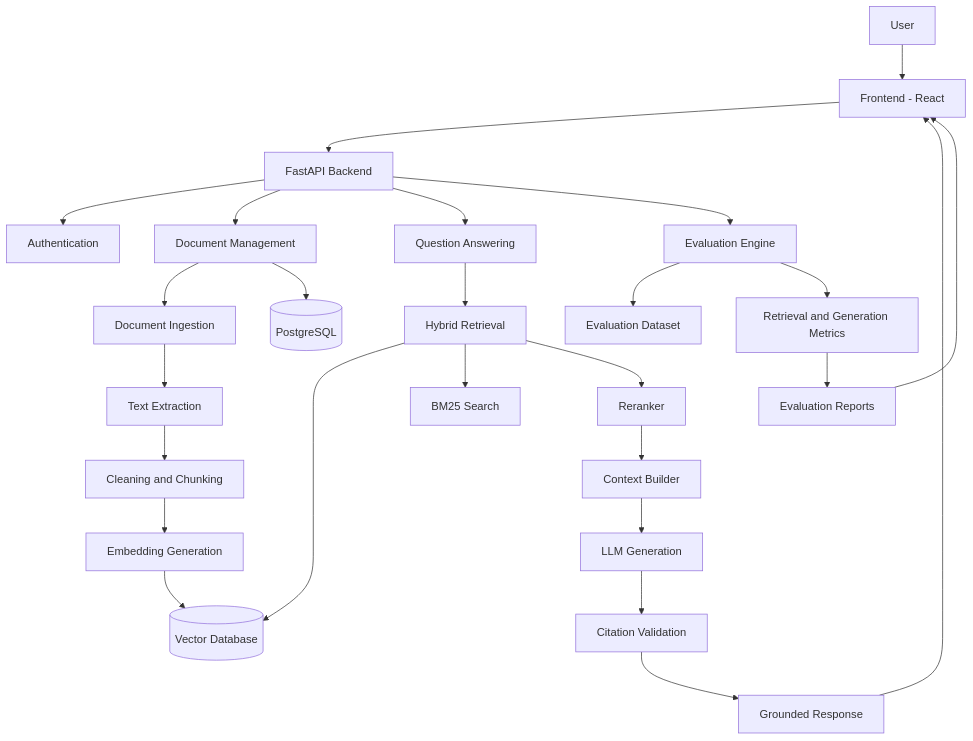
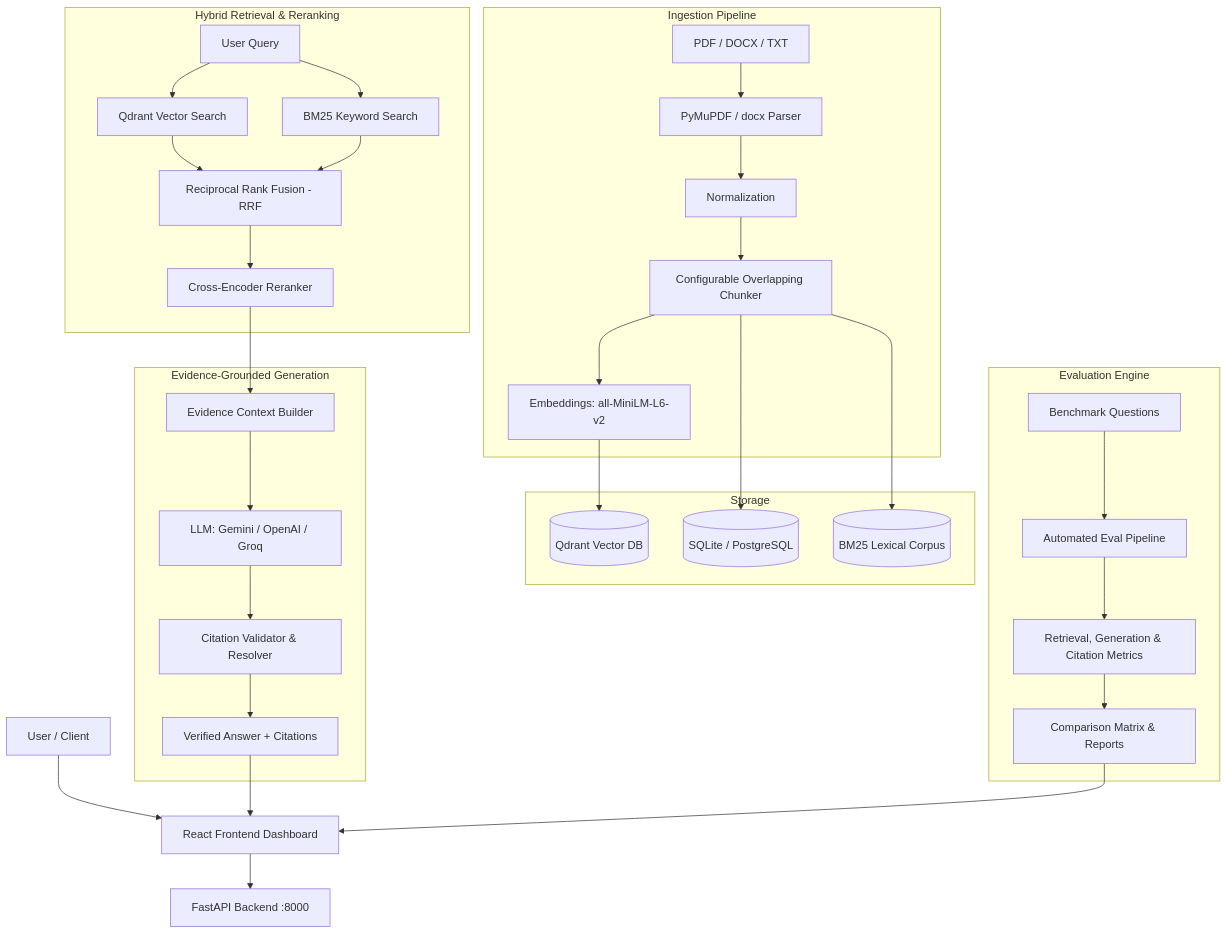
One commit to Vedang-tiwari/RAG-with-Citation-Evals changed the diagram in README.md. Above: the diagram before and after it, drawn with Mermaid. The commit also changed other lines of this file, not shown here.

Commit message:
docs: streamline README with architecture, evaluation metrics, and usage guides for individuals and organizations

````diff
--- a/README.md
+++ b/README.md
@@ -264,33 +25,41 @@
 ```mermaid
 flowchart TB
-    U[User] --> UI[Frontend - React]
-    UI --> API[FastAPI Backend]
+    User[User / Client] --> UI[React Frontend Dashboard]
+    UI --> API[FastAPI Backend :8000]
 
-    API --> AUTH[Authentication]
-    API --> DM[Document Management]
-    API --> QA[Question Answering]
+    subgraph Ingestion Pipeline
+        Upload[PDF / DOCX / TXT] --> Parser[PyMuPDF / docx Parser]
+        Parser --> Cleaner[Normalization]
+        Cleaner --> Chunker[Configurable Overlapping Chunker]
+        Chunker --> Embedder[Embeddings: all-MiniLM-L6-v2]
+    end
 
-    DM --> ING[Document Ingestion]
-    ING --> EXT[Text Extraction]
-    EXT --> CH[Cleaning and Chunking]
-    CH --> EMB[Embedding Generation]
-    EMB --> VDB[(Vector Database)]
+    subgraph Storage
+        Embedder --> Qdrant[(Qdrant Vector DB)]
+        Chunker --> RelDB[(SQLite / PostgreSQL)]
+        Chunker --> BM25Index[(BM25 Lexical Corpus)]
+    end
 
-    DM --> META[(PostgreSQL)]
+    subgraph Hybrid Retrieval & Reranking
+        Query[User Query] --> Dense[Qdrant Vector Search]
+        Query --> Sparse[BM25 Keyword Search]
+        Dense & Sparse --> Fusion[Reciprocal Rank Fusion - RRF]
+        Fusion --> Reranker[Cross-Encoder Reranker]
+    end
 
-    QA --> RET[Hybrid Retrieval]
-    RET --> VDB
-    RET --> BM[BM25 Search]
-    RET --> RR[Reranker]
-    RR --> CTX[Context Builder]
-    CTX --> LLM[LLM Generation]
-    LLM --> CV[Citation Validation]
-    CV --> RESP[Grounded Response]
-    RESP --> UI
+    subgraph Evidence-Grounded Generation
+        Reranker --> PromptBuilder[Evidence Context Builder]
+        PromptBuilder --> LLM[LLM: Gemini / OpenAI / Groq]
+        LLM --> CitationVal[Citation Validator & Resolver]
+        CitationVal --> GroundedResp[Verified Answer + Citations]
+    end
 
-    API --> EVAL[Evaluation Engine]
-    EVAL --> DATA[Evaluation Dataset]
-    EVAL --> MET[Retrieval and Generation Metrics]
-    MET --> REPORT[Evaluation Reports]
-    REPORT --> UI
+    subgraph Evaluation Engine
+        Dataset[Benchmark Questions] --> EvalRunner[Automated Eval Pipeline]
+        EvalRunner --> Metrics[Retrieval, Generation & Citation Metrics]
+        Metrics --> Reports[Comparison Matrix & Reports]
+    end
+
+    GroundedResp --> UI
+    Reports --> UI
 ```
````
